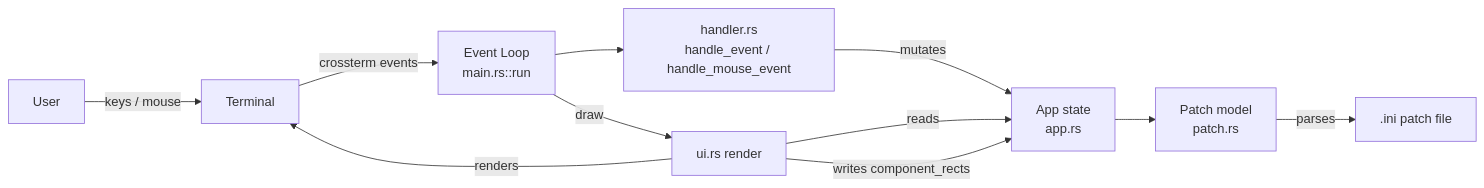
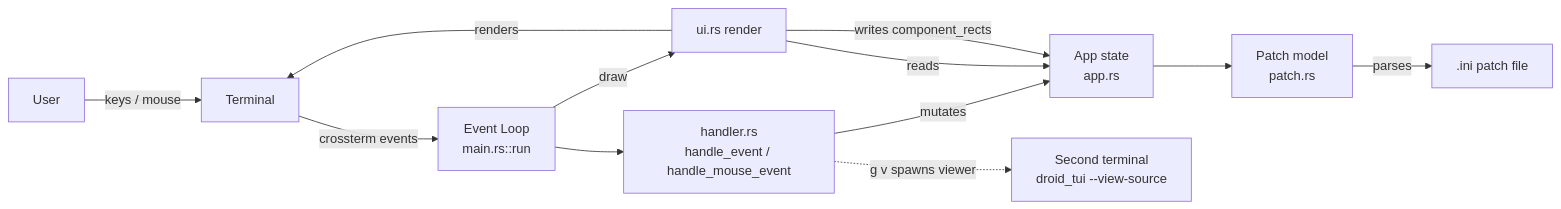
Before and after one commit to moonstruxx/droid-buddy: the first of 2 diagrams in ARCHITECTURE.md, drawn with Mermaid. The commit also changed other lines of this file and 8 other files, not shown here.

````diff
--- a/ARCHITECTURE.md
+++ b/ARCHITECTURE.md
@@ -39,13 +40,14 @@
 ```mermaid
 flowchart LR
     USER[User] -->|keys / mouse| TERM[Terminal]
     TERM -->|crossterm events| LOOP[Event Loop<br/>main.rs::run]
     LOOP --> HANDLER[handler.rs<br/>handle_event / handle_mouse_event]
     HANDLER -->|mutates| APP[App state<br/>app.rs]
+    HANDLER -.->|g v spawns viewer| SUB[Second terminal<br/>droid_tui --view-source]
     APP --> PATCH[Patch model<br/>patch.rs]
     PATCH -->|parses| INI[.ini patch file]
     LOOP -->|draw| UI[ui.rs render]
     UI -->|reads| APP
     UI -->|writes component_rects| APP
     UI -->|renders| TERM
 ```
````
